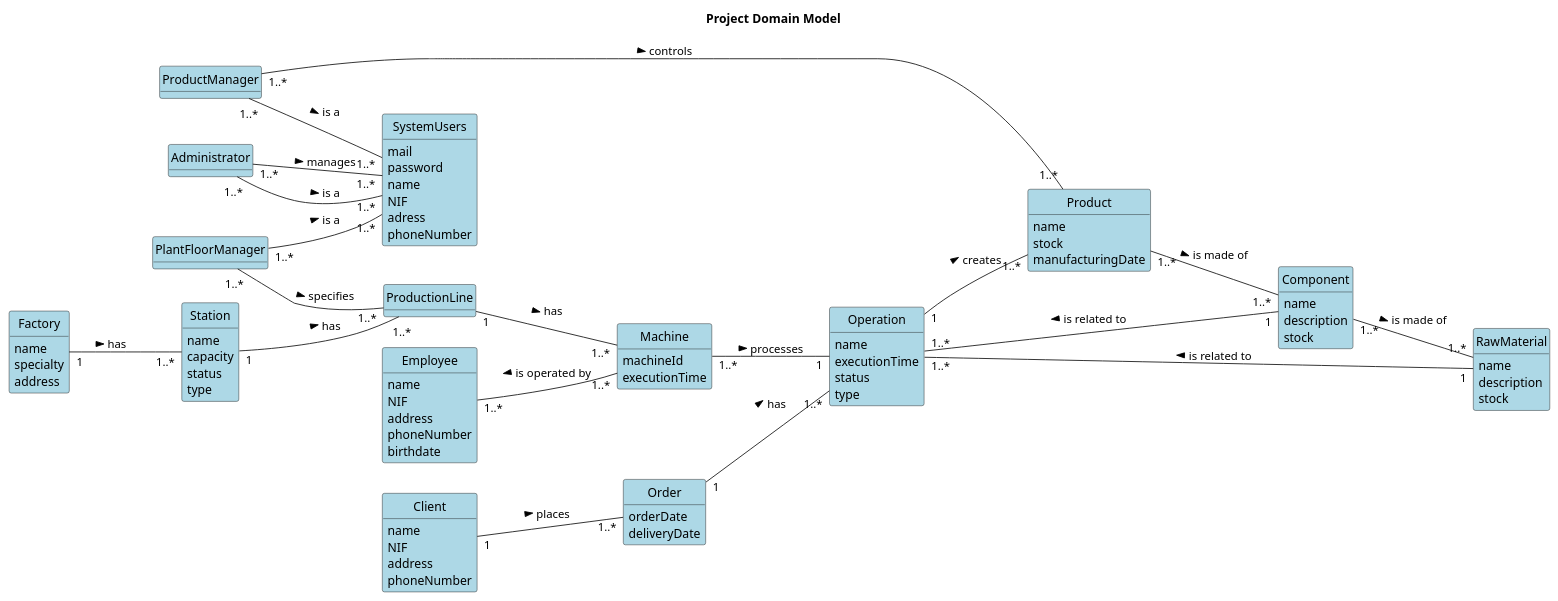
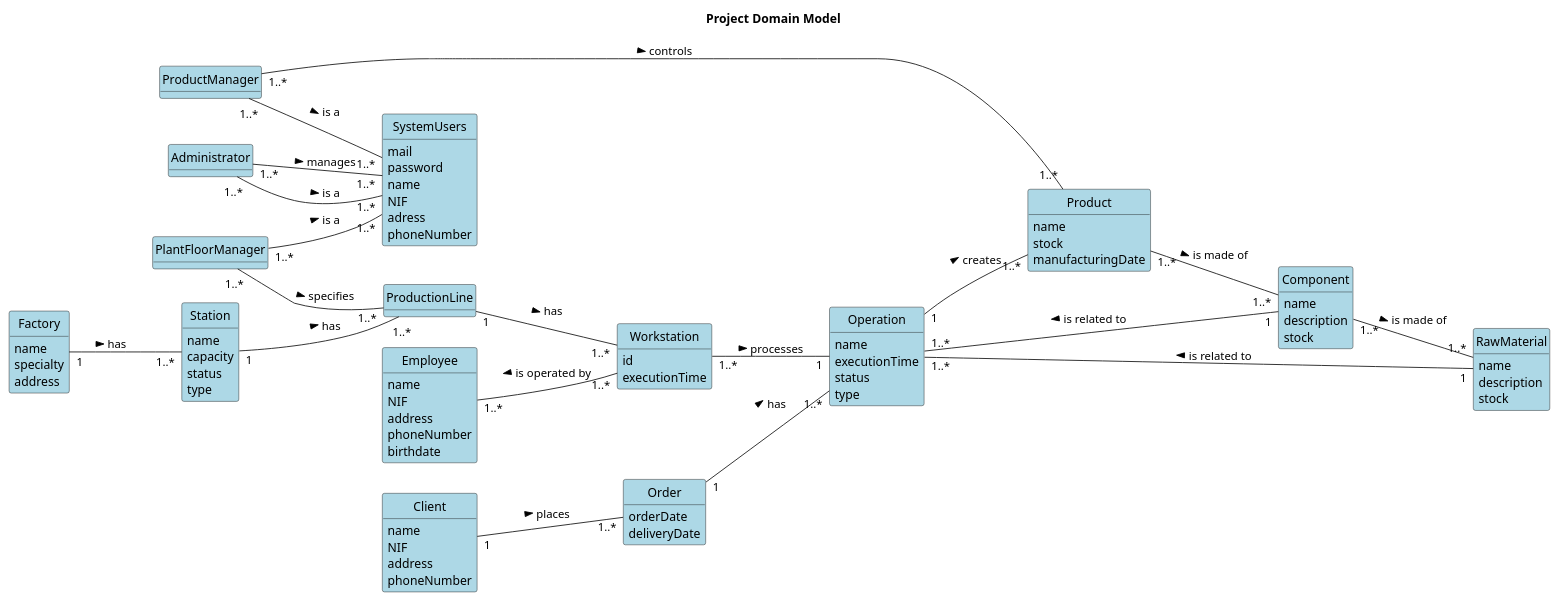
The diagram in others/documentation/global-artifacts/domain-model.puml (ricardomm7/buildflow), drawn with PlantUML before and after one commit. The commit also changed 10 other files, not shown here.

Commit message:
Domain model updated. Machine class turned into Workstation.

```diff
--- a/others/documentation/global-artifacts/domain-model.puml
+++ b/others/documentation/global-artifacts/domain-model.puml
@@ -1,117 +1,117 @@
 @startuml
 skinparam classBackgroundColor #ADD8E6
 skinparam packageStyle rectangle
 skinparam shadowing false
 skinparam classAttributeIconSize 0
 hide circle
 hide methods
 left to right direction
 
 title Project Domain Model
 
 class ProductionLine{
 
 }
 class Administrator{
 
 }
 class SystemUsers{
     mail
     password
     name
     NIF
     adress
     phoneNumber
 }
 class PlantFloorManager{
 
 }
 class ProductManager{
 
 }
 
 class RawMaterial {
     name
     description
     stock
 }
 
 class Product {
     name
     stock
     manufacturingDate
 }
 
 class Component {
     name
     description
     stock
 }
 
-class Machine {
-    machineId
+class Workstation {
+    id
     executionTime
 }
 
 class Employee {
     name
     NIF
     address
     phoneNumber
     birthdate
 }
 
 class Operation {
     name
     executionTime
     status
     type
 }
 
 class Station {
     name
     capacity
     status
     type
 }
 
 class Factory {
     name
     specialty
     address
 }
 
 class Order {
     product(s)
     orderDate
     deliveryDate
 }
 
 class Client {
     name
     NIF
     address
     phoneNumber
 }
 
 Administrator"1..*" -- "1..*" SystemUsers: is a >
 ProductManager"1..*" -- "1..*" SystemUsers: is a >
 PlantFloorManager"1..*" -- "1..*" SystemUsers: is a >
 Administrator"1..*" -- "1..*" SystemUsers: manages >
 PlantFloorManager"1..*" -- "1..*" ProductionLine: specifies >
-ProductionLine "1" -- "1..*" Machine: has >
+ProductionLine "1" -- "1..*" Workstation: has >
 ProductManager "1..*" -- "1..*" Product: controls >
 Component "1..*" -- "1..*" RawMaterial: is made of >
 Product "1..*" -- "1..*" Component : is made of >
 Component "1" -- "1..*" Operation : is related to >
 RawMaterial "1" -- "1..*" Operation : is related to >
 Operation "1" -- "1..*" Product : creates >
 Order "1" -- "1..*" Operation : has >
 'assumindo que não existem encomendas iguais
 Client "1" -- "1..*" Order : places >
-Machine "1..*" -- "1" Operation : processes >
-Employee "1..*" -- "1..*" Machine : is operated by <
+Workstation "1..*" -- "1" Operation : processes >
+Employee "1..*" -- "1..*" Workstation : is operated by <
 Station "1" -- "1..*" ProductionLine : has >
 Factory "1" -- "1..*" Station : has >
 
 @enduml
```
